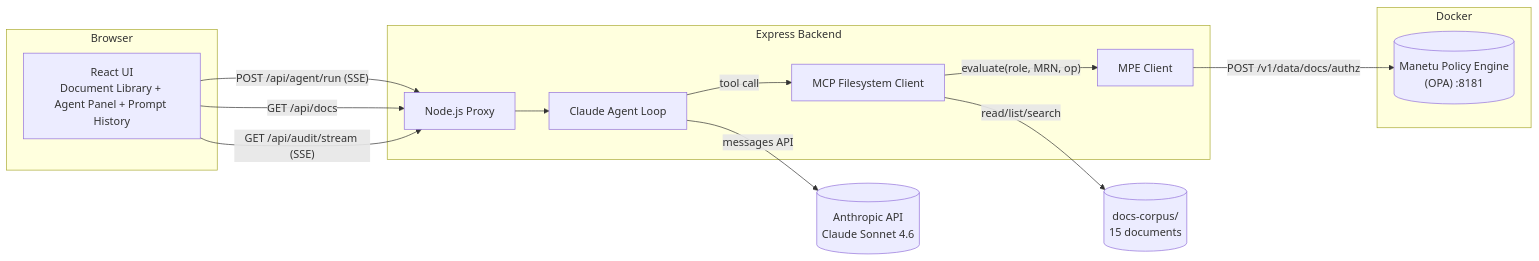
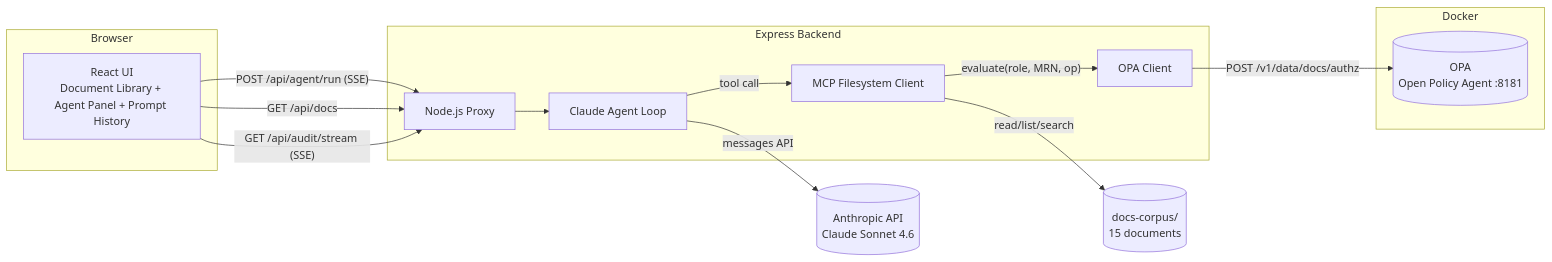
One commit to atulmi/manetu-document-hub changed the diagram in README.md. Above: the diagram before and after it, drawn with Mermaid. The commit also changed other lines of this file and 1 other file, not shown here.

````diff
--- a/README.md
+++ b/README.md
@@ -29,27 +31,27 @@
 ```mermaid
 graph LR
   subgraph Browser
     UI["React UI<br/>Document Library + Agent Panel + Prompt History"]
   end
   subgraph "Express Backend"
     API[Node.js Proxy]
     CLAUDE[Claude Agent Loop]
-    MPE_CLIENT[MPE Client]
+    OPA_CLIENT[OPA Client]
     FS_CLIENT[MCP Filesystem Client]
   end
   subgraph Docker
-    MPE[("Manetu Policy Engine<br/>(OPA) :8181")]
+    OPA[("OPA<br/>Open Policy Agent :8181")]
   end
   DOCS[("docs-corpus/<br/>15 documents")]
   ANTHROPIC[("Anthropic API<br/>Claude Sonnet 4.6")]
 
   UI -->|"POST /api/agent/run (SSE)"| API
   UI -->|"GET /api/docs"| API
   UI -->|"GET /api/audit/stream (SSE)"| API
   API --> CLAUDE
   CLAUDE -->|"tool call"| FS_CLIENT
-  FS_CLIENT -->|"evaluate(role, MRN, op)"| MPE_CLIENT
-  MPE_CLIENT -->|"POST /v1/data/docs/authz"| MPE
+  FS_CLIENT -->|"evaluate(role, MRN, op)"| OPA_CLIENT
+  OPA_CLIENT -->|"POST /v1/data/docs/authz"| OPA
   FS_CLIENT -->|"read/list/search"| DOCS
   CLAUDE -->|"messages API"| ANTHROPIC
 ```
````
